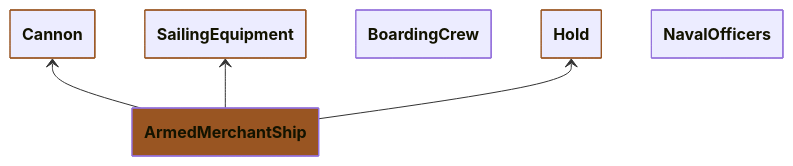
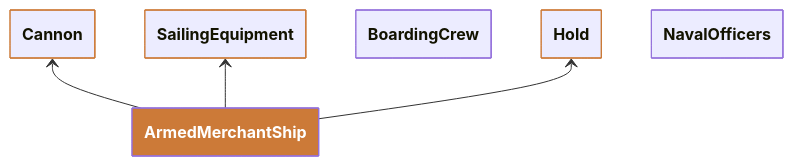
Before and after one commit to lewisbar/lewisbar.github.io: the eighth of 10 diagrams in _posts/2025-08-29-Composite Reuse Principle.md, drawn with Mermaid. The commit also changed other lines of this file, not shown here.

Commit message:
Improve Mermaid colors to look good in light and dark mode

````diff
--- a/_posts/2025-08-29-Composite Reuse Principle.md
+++ b/_posts/2025-08-29-Composite Reuse Principle.md
@@ -527,20 +527,20 @@
 ```mermaid
 ---
 config:
     class:
         hideEmptyMembersBox: true
 ---
 classDiagram
     class Cannon:::picked
     class SailingEquipment:::picked
     class BoardingCrew
     class Hold:::picked
     class NavalOfficers
     class ArmedMerchantShip
-    style ArmedMerchantShip fill:#952
-    classDef picked stroke:#952
+    style ArmedMerchantShip fill:#CC7A38,color:white
+    classDef picked stroke:#CC7A38
 
     Cannon <-- ArmedMerchantShip
     SailingEquipment <-- ArmedMerchantShip
     Hold <-- ArmedMerchantShip
 ```
````
